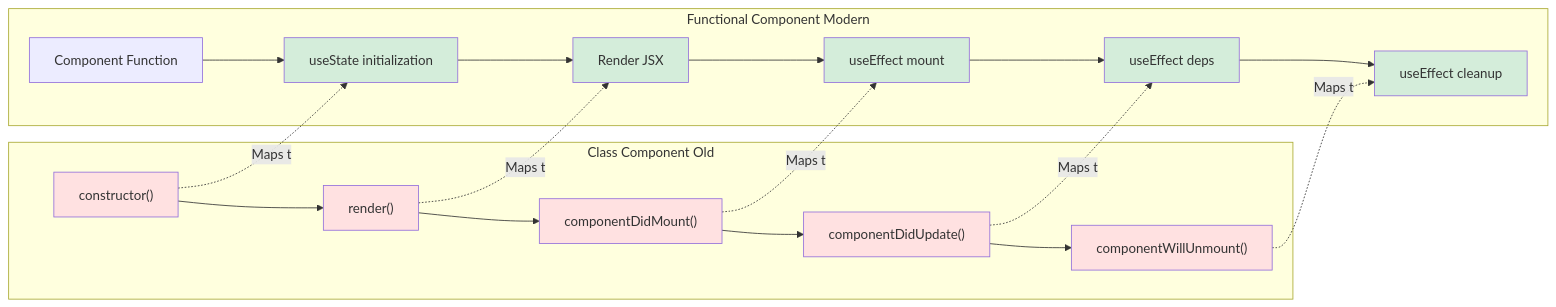
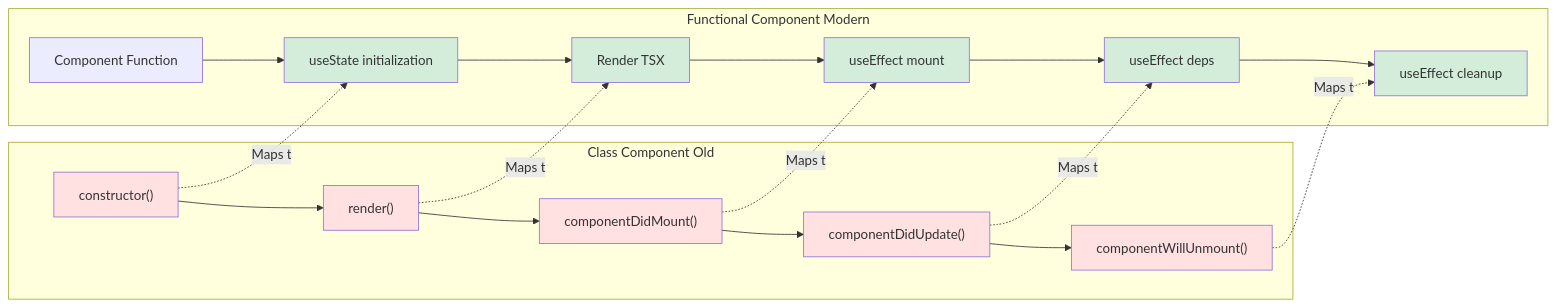
One commit to longndt/react-course changed the tenth of 12 diagrams in diagrams/component_lifecycle.md. Above: the diagram before and after it, drawn with Mermaid. The commit also changed other lines of this file and 143 other files, not shown here.

````diff
--- a/diagrams/component_lifecycle.md
+++ b/diagrams/component_lifecycle.md
@@ -322,34 +322,34 @@
 ```mermaid
 graph LR
     subgraph Class Component Old
         A1[constructor#40;#41;] --> A2[render#40;#41;]
         A2 --> A3[componentDidMount#40;#41;]
         A3 --> A4[componentDidUpdate#40;#41;]
         A4 --> A5[componentWillUnmount#40;#41;]
     end
 
     subgraph Functional Component Modern
         B1[Component Function] --> B2[useState initialization]
-        B2 --> B3[Render JSX]
+        B2 --> B3[Render TSX]
         B3 --> B4[useEffect mount]
         B4 --> B5[useEffect deps]
         B5 --> B6[useEffect cleanup]
     end
 
     A1 -.Maps to.-> B2
     A2 -.Maps to.-> B3
     A3 -.Maps to.-> B4
     A4 -.Maps to.-> B5
     A5 -.Maps to.-> B6
 
     style A1 fill:#ffe1e1
     style A2 fill:#ffe1e1
     style A3 fill:#ffe1e1
     style A4 fill:#ffe1e1
     style A5 fill:#ffe1e1
     style B2 fill:#d4edda
     style B3 fill:#d4edda
     style B4 fill:#d4edda
     style B5 fill:#d4edda
     style B6 fill:#d4edda
 ```
````
